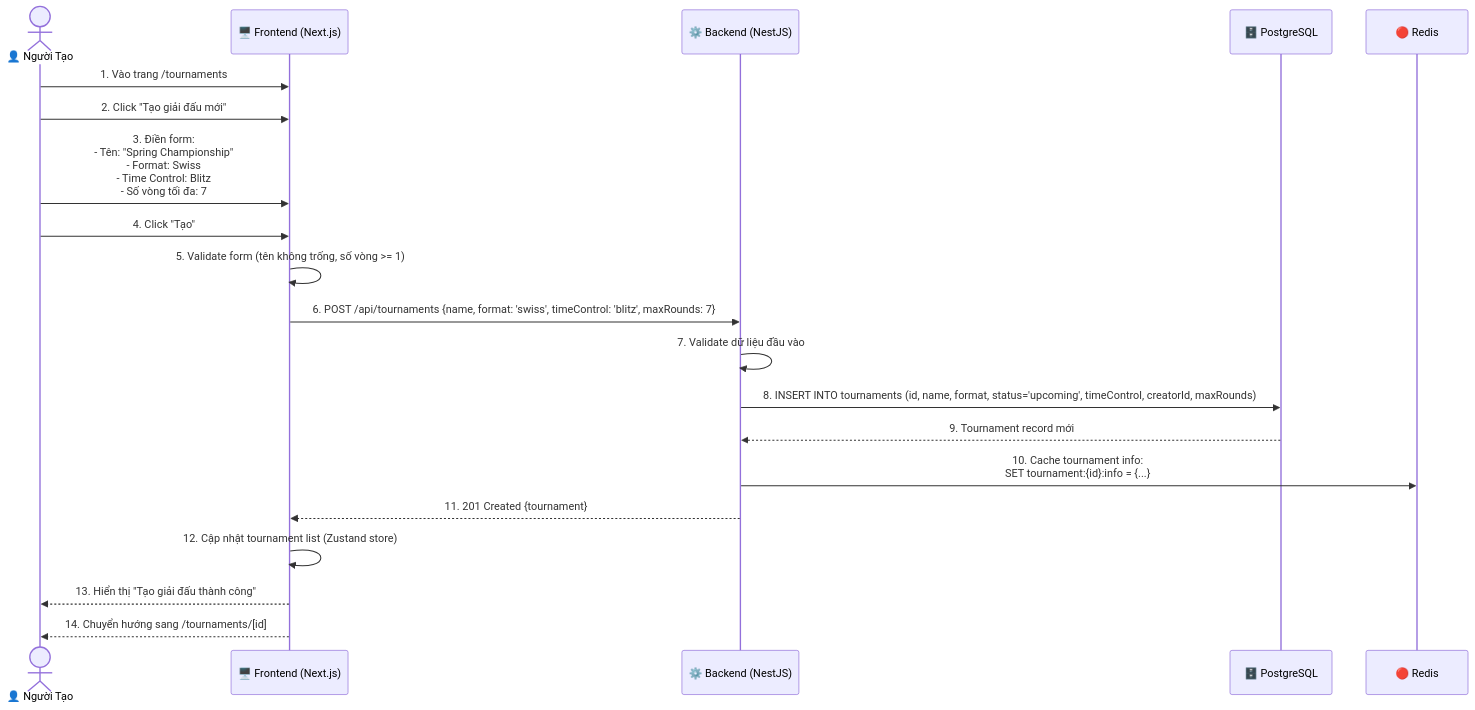
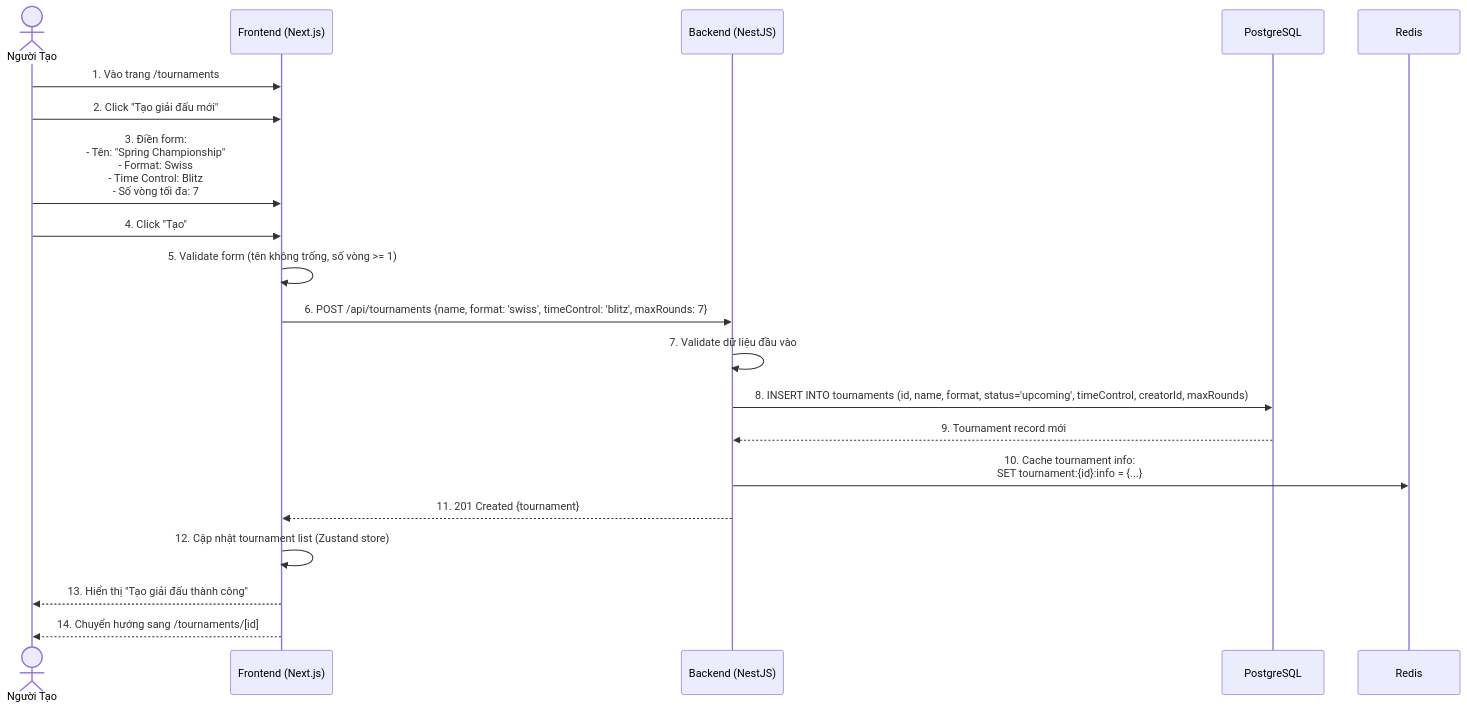
Before and after one commit to legiabao0907/web-chess-real-time: the tenth of 22 diagrams in docs/sequence-diagrams.md, drawn with Mermaid. The commit also changed other lines of this file, not shown here.

````diff
--- a/docs/sequence-diagrams.md
+++ b/docs/sequence-diagrams.md
@@ -466,26 +466,26 @@
 ```mermaid
 sequenceDiagram
-    actor Creator as 👤 Người Tạo
-    participant FE as 🖥️ Frontend (Next.js)
-    participant BE as ⚙️ Backend (NestJS)
-    participant PG as 🗄️ PostgreSQL
-    participant Redis as 🔴 Redis
+ actor Creator as Người Tạo
+ participant FE as Frontend (Next.js)
+ participant BE as Backend (NestJS)
+ participant PG as PostgreSQL
+ participant Redis as Redis
 
-    Creator->>FE: 1. Vào trang /tournaments
-    Creator->>FE: 2. Click "Tạo giải đấu mới"
-    Creator->>FE: 3. Điền form:<br/>- Tên: "Spring Championship"<br/>- Format: Swiss<br/>- Time Control: Blitz<br/>- Số vòng tối đa: 7
-    Creator->>FE: 4. Click "Tạo"
+ Creator->>FE: 1. Vào trang /tournaments
+ Creator->>FE: 2. Click "Tạo giải đấu mới"
+ Creator->>FE: 3. Điền form:<br/>- Tên: "Spring Championship"<br/>- Format: Swiss<br/>- Time Control: Blitz<br/>- Số vòng tối đa: 7
+ Creator->>FE: 4. Click "Tạo"
 
-    FE->>FE: 5. Validate form (tên không trống, số vòng >= 1)
-    FE->>BE: 6. POST /api/tournaments {name, format: 'swiss', timeControl: 'blitz', maxRounds: 7}
+ FE->>FE: 5. Validate form (tên không trống, số vòng >= 1)
+ FE->>BE: 6. POST /api/tournaments {name, format: 'swiss', timeControl: 'blitz', maxRounds: 7}
 
-    BE->>BE: 7. Validate dữ liệu đầu vào
-    BE->>PG: 8. INSERT INTO tournaments (id, name, format, status='upcoming', timeControl, creatorId, maxRounds)
-    PG-->>BE: 9. Tournament record mới
-    BE->>Redis: 10. Cache tournament info:<br/>SET tournament:{id}:info = {...}
-    BE-->>FE: 11. 201 Created {tournament}
+ BE->>BE: 7. Validate dữ liệu đầu vào
+ BE->>PG: 8. INSERT INTO tournaments (id, name, format, status='upcoming', timeControl, creatorId, maxRounds)
+ PG-->>BE: 9. Tournament record mới
+ BE->>Redis: 10. Cache tournament info:<br/>SET tournament:{id}:info = {...}
+ BE-->>FE: 11. 201 Created {tournament}
 
-    FE->>FE: 12. Cập nhật tournament list (Zustand store)
-    FE-->>Creator: 13. Hiển thị "Tạo giải đấu thành công"
-    FE-->>Creator: 14. Chuyển hướng sang /tournaments/[id]
+ FE->>FE: 12. Cập nhật tournament list (Zustand store)
+ FE-->>Creator: 13. Hiển thị "Tạo giải đấu thành công"
+ FE-->>Creator: 14. Chuyển hướng sang /tournaments/[id]
 ```
````
